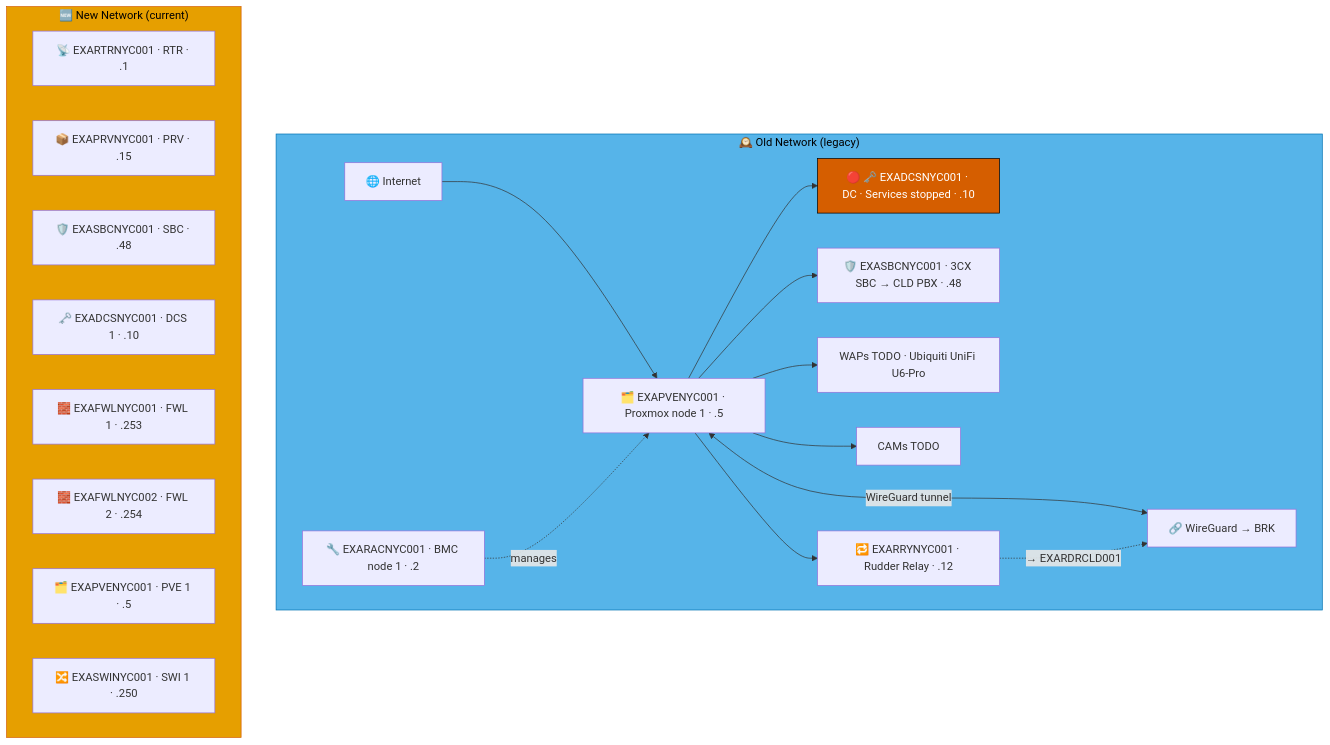
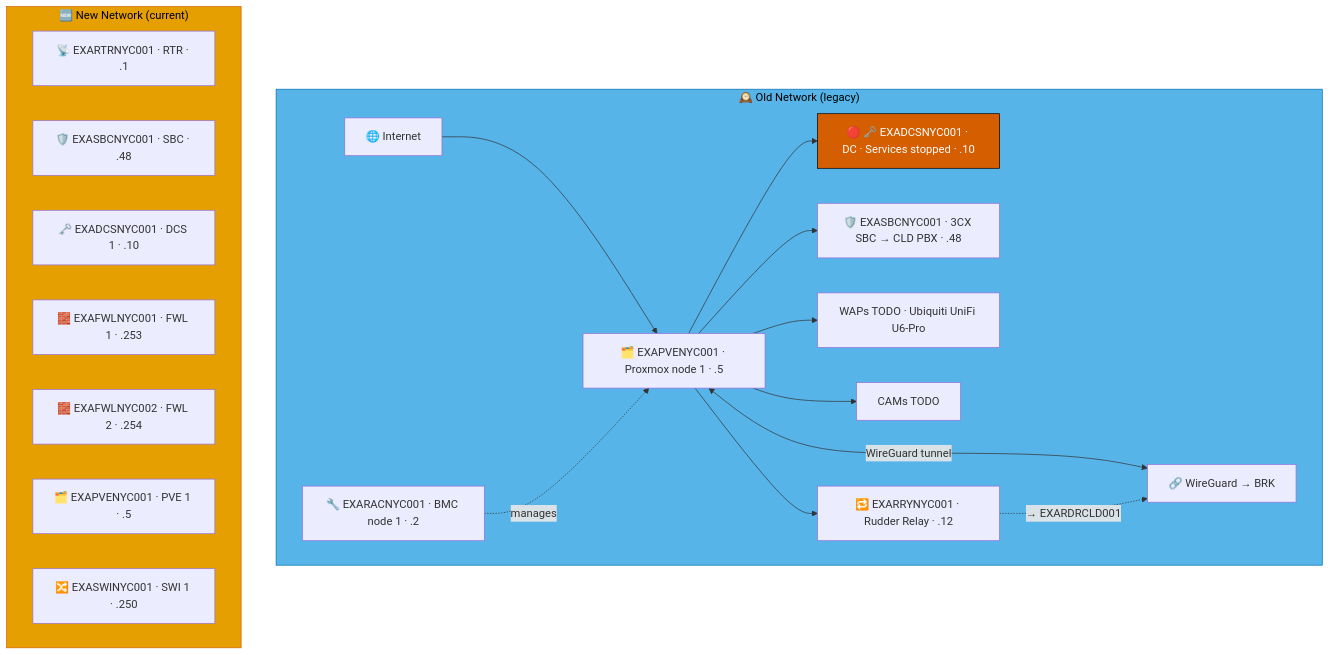
The second of 8 diagrams in docs/network-diagram/united-states.md (knightmare2600/example_music_infra), drawn with Mermaid before and after one commit. The commit also changed other lines of this file and 55 other files, not shown here.

````diff
--- a/docs/network-diagram/united-states.md
+++ b/docs/network-diagram/united-states.md
@@ -92,38 +91,37 @@
 ```mermaid
 graph TD
     subgraph OLD_NYC ["🕰️ Old Network (legacy)"]
       INET["🌐 Internet"]
       RAC["🔧 EXARACNYC001 · BMC node 1 · .2"]
       PVE["🗂️ EXAPVENYC001 · Proxmox node 1 · .5"]
       DC["🔴 🗝️ EXADCSNYC001 · DC · Services stopped · .10"]
       SBC["🛡️ EXASBCNYC001 · 3CX SBC → CLD PBX · .48"]
       RRY["🔁 EXARRYNYC001 · Rudder Relay · .12"]
       WAP["WAPs TODO · Ubiquiti UniFi U6-Pro"]
       CAM["CAMs TODO"]
       VPN["🔗 WireGuard → BRK"]
 
       INET --> PVE --> DC & SBC
       RAC -.->|"manages"| PVE
       PVE --> WAP & CAM
       PVE <-->|"WireGuard tunnel"| VPN
 
       PVE --> RRY
       RRY -. "→ EXARDRCLD001" .-> VPN
     end
     style OLD_NYC fill:#56B4E9,stroke:#0072B2,color:#000000
     %% GENERATED:NEW-NETWORK:NYC:START
     subgraph NEW_NYC ["🆕 New Network (current)"]
       N_RTR["📡 EXARTRNYC001 · RTR · .1"]
-      N_PRV["📦 EXAPRVNYC001 · PRV · .15"]
       N_SBC["🛡️ EXASBCNYC001 · SBC · .48"]
       N_DCS["🗝️ EXADCSNYC001 · DCS 1 · .10"]
       N_FWL["🧱 EXAFWLNYC001 · FWL 1 · .253"]
       N_FWL2["🧱 EXAFWLNYC002 · FWL 2 · .254"]
       N_PVE["🗂️ EXAPVENYC001 · PVE 1 · .5"]
       N_SWI["🔀 EXASWINYC001 · SWI 1 · .250"]
     end
     style NEW_NYC fill:#E69F00,stroke:#D55E00,color:#000000
     %% GENERATED:NEW-NETWORK:NYC:END
     classDef warn fill:#D55E00,stroke:#000000,color:#ffffff
     class DC warn
 ```
````
